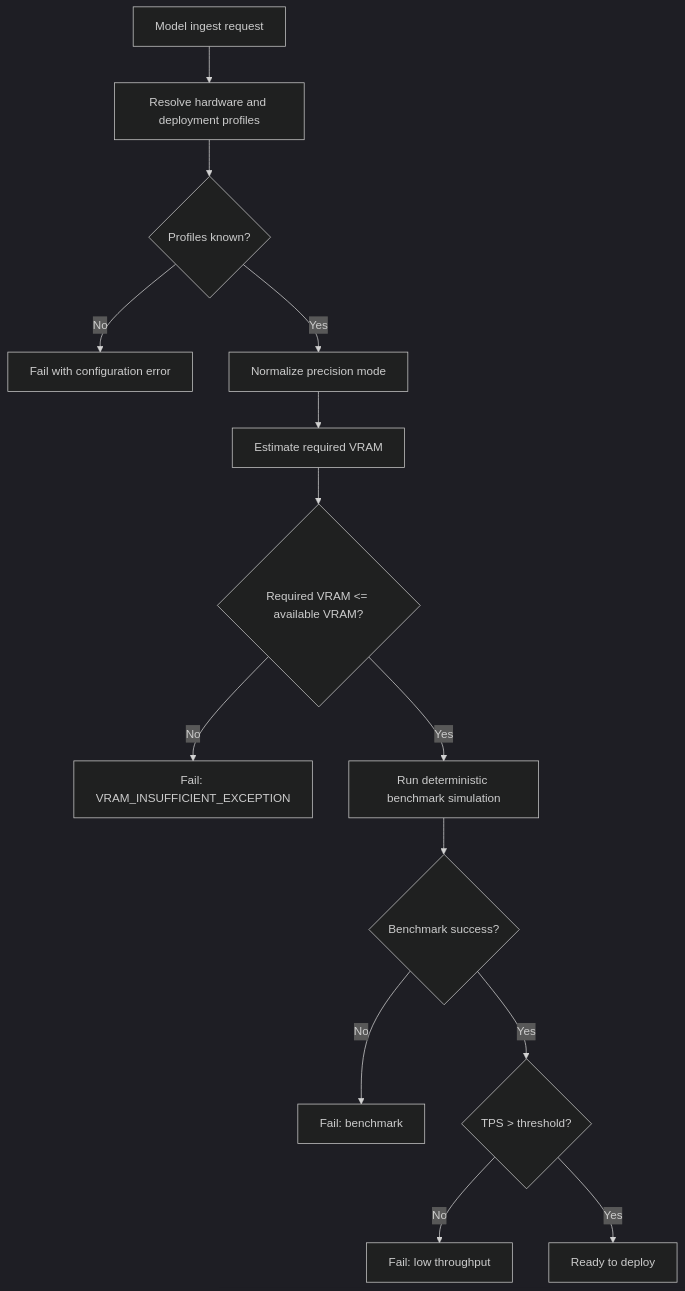
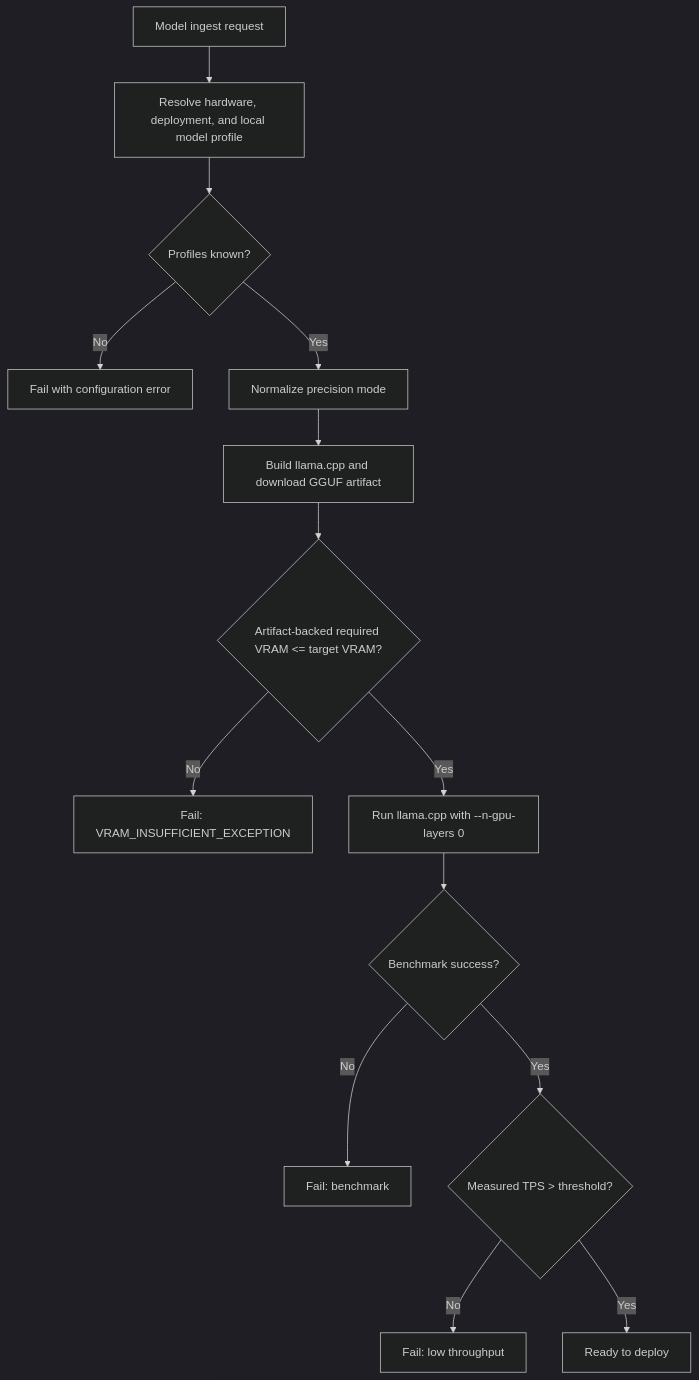
One commit to sidpasham/nim-factory-poc changed the fifth of 7 diagrams in README.md. Above: the diagram before and after it, drawn with Mermaid (dark theme). The commit also changed other lines of this file and 31 other files, not shown here.

Commit message:
Add real time LLM compile and validation along with benckmarking using llama cpp

````diff
--- a/README.md
+++ b/README.md
@@ -294,16 +306,16 @@
 ```mermaid
 flowchart TD
-    request[Model ingest request] --> profiles[Resolve hardware and deployment profiles]
+    request[Model ingest request] --> profiles[Resolve hardware, deployment, and local model profile]
     profiles --> known{Profiles known?}
     known -->|No| configError[Fail with configuration error]
     known -->|Yes| precision[Normalize precision mode]
-    precision --> estimate[Estimate required VRAM]
-    estimate --> fit{Required VRAM <= available VRAM?}
+    precision --> runtime[Build llama.cpp and download GGUF artifact]
+    runtime --> fit{Artifact-backed required VRAM <= target VRAM?}
     fit -->|No| oom[Fail: VRAM_INSUFFICIENT_EXCEPTION]
-    fit -->|Yes| benchmark[Run deterministic benchmark simulation]
+    fit -->|Yes| benchmark[Run llama.cpp with --n-gpu-layers 0]
     benchmark --> success{Benchmark success?}
     success -->|No| benchmarkFail[Fail: benchmark]
-    success -->|Yes| threshold{TPS > threshold?}
+    success -->|Yes| threshold{Measured TPS > threshold?}
     threshold -->|No| lowTps[Fail: low throughput]
     threshold -->|Yes| deployable[Ready to deploy]
 ```
````
